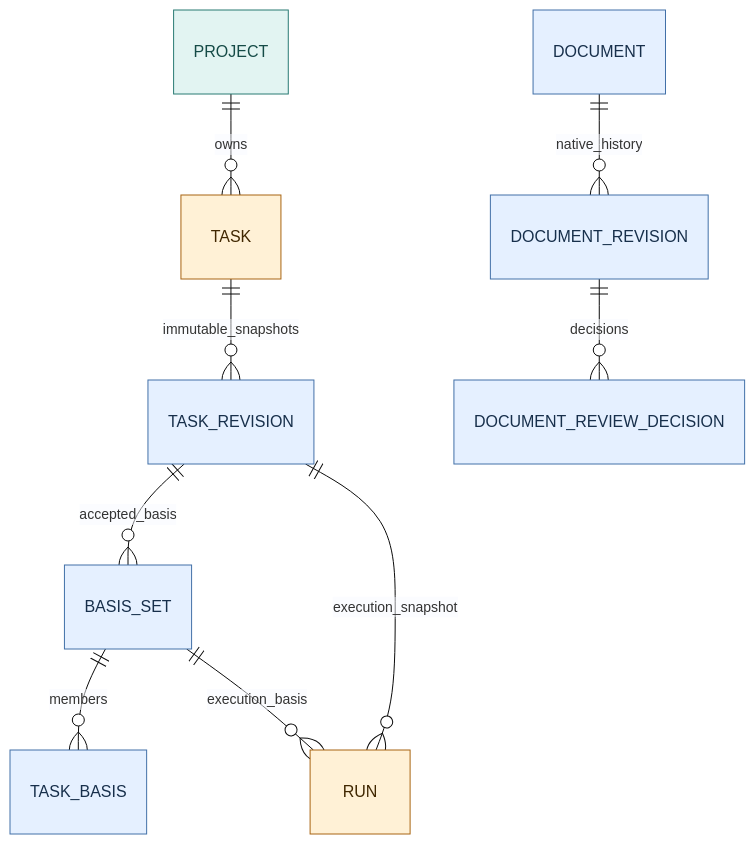
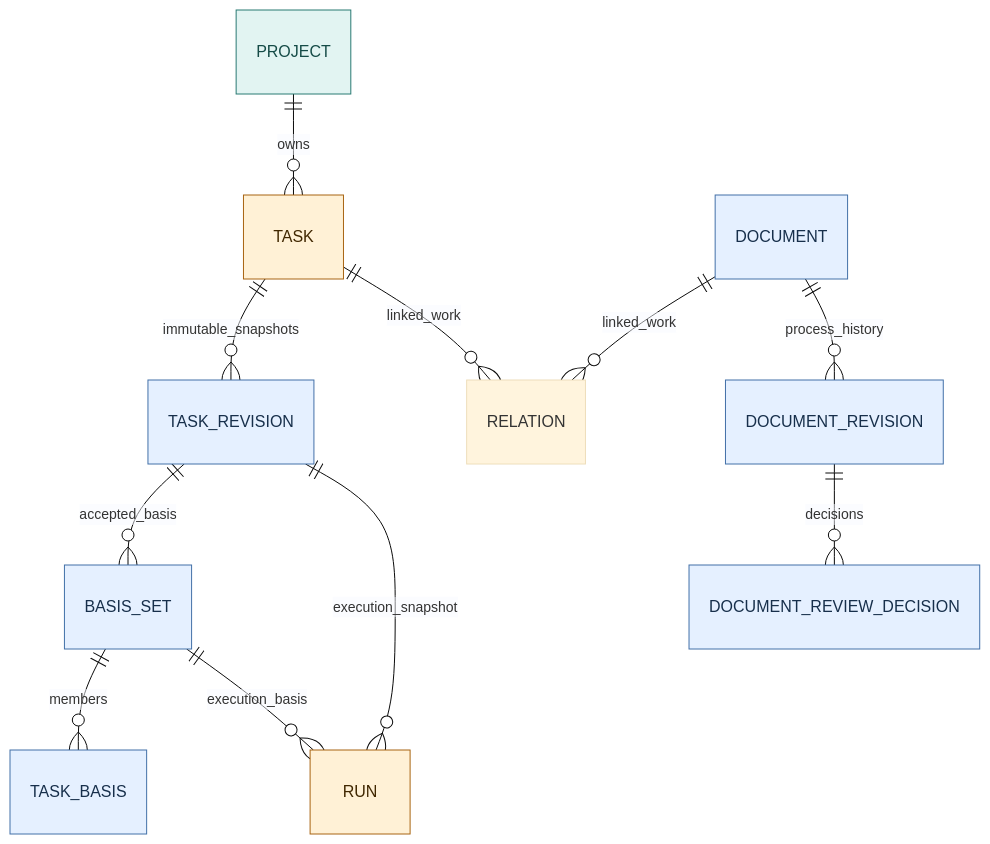
The first of 3 diagrams in docs/architecture/storage.md (cyl19970726/evoLoop), drawn with Mermaid (base theme) before and after one commit. The commit also changed other lines of this file and 17 other files, not shown here.

Commit message:
docs: limit document table to process documents linked to tasks

````diff
--- a/docs/architecture/storage.md
+++ b/docs/architecture/storage.md
@@ -49,17 +47,19 @@
 ```mermaid
 erDiagram
   PROJECT ||--o{ TASK : owns
   TASK ||--o{ TASK_REVISION : immutable_snapshots
   TASK_REVISION ||--o{ BASIS_SET : accepted_basis
   BASIS_SET ||--o{ TASK_BASIS : members
   TASK_REVISION ||--o{ RUN : execution_snapshot
   BASIS_SET ||--o{ RUN : execution_basis
-  DOCUMENT ||--o{ DOCUMENT_REVISION : native_history
+  TASK ||--o{ RELATION : linked_work
+  DOCUMENT ||--o{ RELATION : linked_work
+  DOCUMENT ||--o{ DOCUMENT_REVISION : process_history
   DOCUMENT_REVISION ||--o{ DOCUMENT_REVIEW_DECISION : decisions
   classDef scope fill:#E2F4F2,stroke:#297A73,color:#154B47
   classDef action fill:#FFF1D6,stroke:#A86412,color:#402700
   classDef fixed fill:#E5F0FF,stroke:#4270A8,color:#172F4B
   class PROJECT scope
   class TASK,RUN action
   class TASK_REVISION,BASIS_SET,TASK_BASIS,DOCUMENT,DOCUMENT_REVISION,DOCUMENT_REVIEW_DECISION fixed
 ```
````
